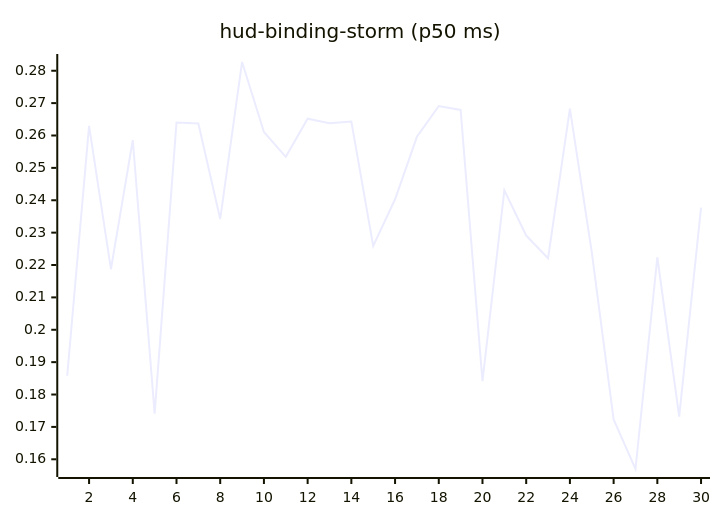
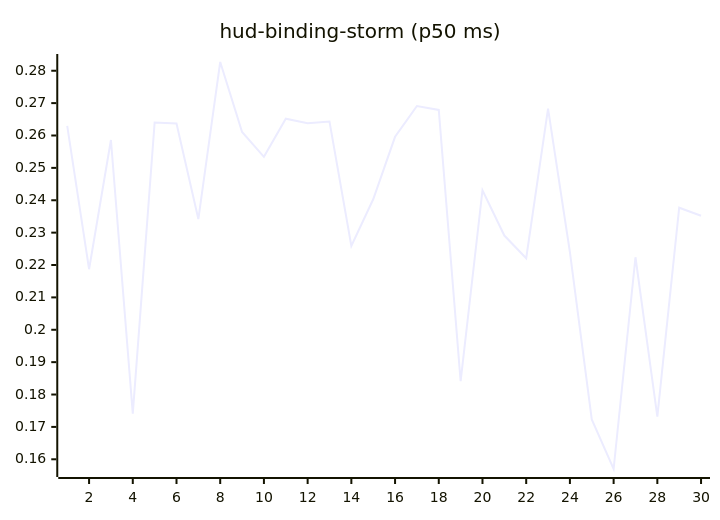
Before and after one commit to josha/Facet: the tenth of 27 diagrams in README.md, drawn with Mermaid. The commit also changed other lines of this file and 2 other files, not shown here.

````diff
--- a/README.md
+++ b/README.md
@@ -126,6 +126,6 @@
 ```mermaid
 xychart-beta
     title "hud-binding-storm (p50 ms)"
     x-axis 1 --> 30
-    line [0.1858, 0.2630, 0.2187, 0.2586, 0.1741, 0.2640, 0.2637, 0.2342, 0.2827, 0.2611, 0.2534, 0.2652, 0.2638, 0.2643, 0.2259, 0.2403, 0.2596, 0.2691, 0.2679, 0.1841, 0.2431, 0.2291, 0.2221, 0.2683, 0.2240, 0.1723, 0.1570, 0.2224, 0.1732, 0.2377]
+    line [0.2630, 0.2187, 0.2586, 0.1741, 0.2640, 0.2637, 0.2342, 0.2827, 0.2611, 0.2534, 0.2652, 0.2638, 0.2643, 0.2259, 0.2403, 0.2596, 0.2691, 0.2679, 0.1841, 0.2431, 0.2291, 0.2221, 0.2683, 0.2240, 0.1723, 0.1570, 0.2224, 0.1732, 0.2377, 0.2352]
 ```
````
